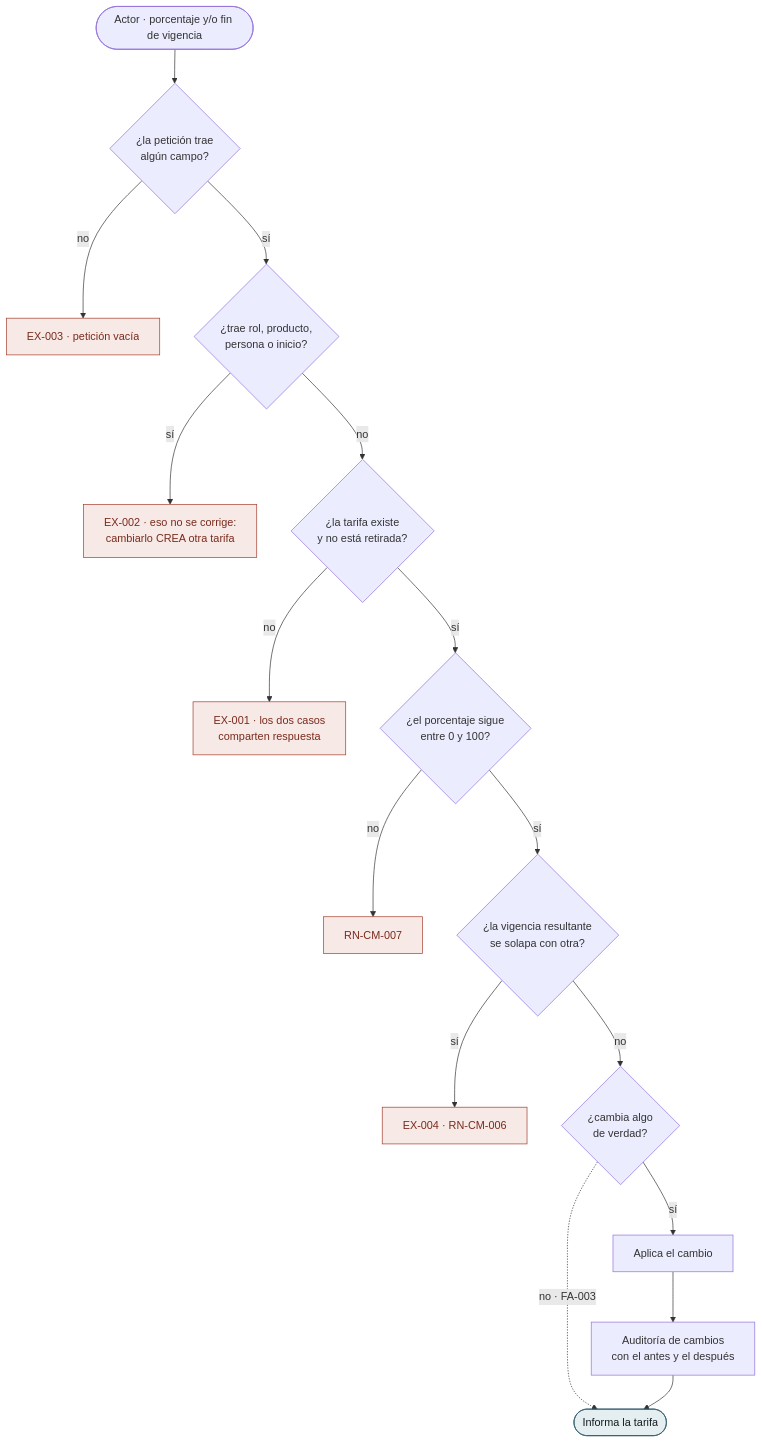
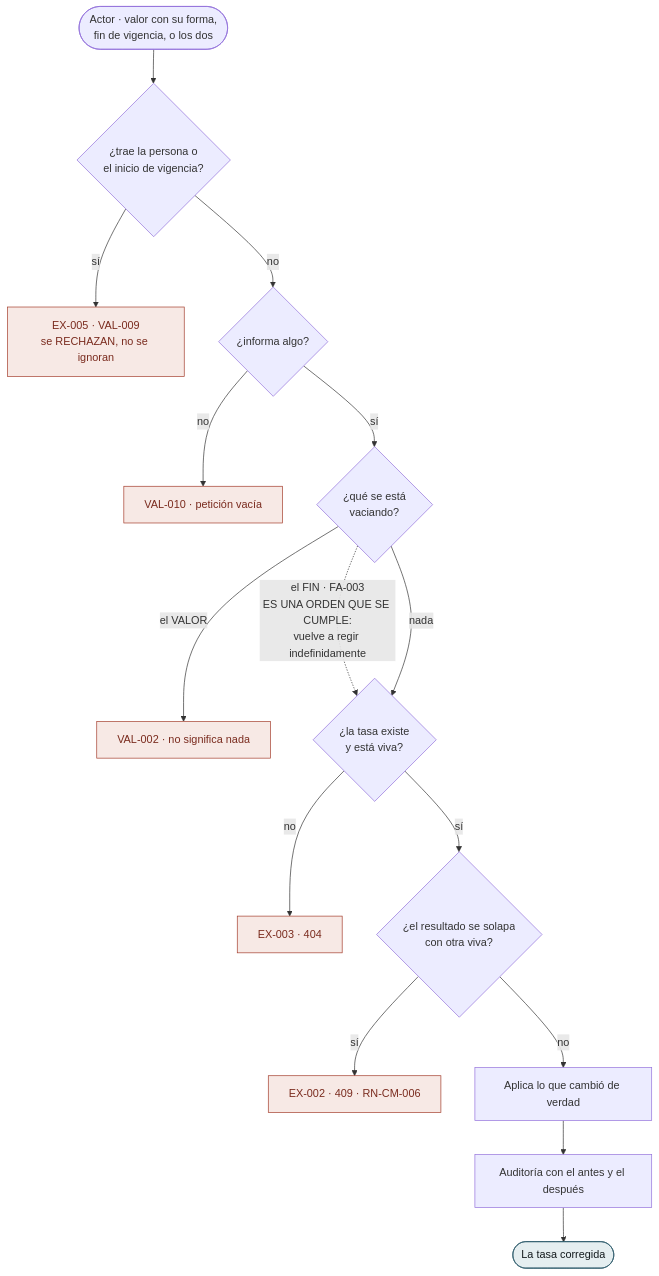
The seventh of 10 diagrams in docs/flujos/cm/flujos-por-caso.md (NexusPro-Dev/backend), drawn with Mermaid before and after one commit. The commit also changed other lines of this file and 63 other files, not shown here.

First line of the commit message:
feat(cm): la comision se declara en porcentaje o en valor fijo

````diff
--- a/docs/flujos/cm/flujos-por-caso.md
+++ b/docs/flujos/cm/flujos-por-caso.md
@@ -87,24 +276,23 @@
 ```mermaid
 flowchart TD
-    A(["Actor · porcentaje y/o fin de vigencia"])
-    A --> V1{"¿la petición trae<br/>algún campo?"}
-    V1 -->|no| E3["EX-003 · petición vacía"]
-    V1 -->|sí| V2{"¿trae rol, producto,<br/>persona o inicio?"}
-    V2 -->|sí| E2["EX-002 · eso no se corrige:<br/>cambiarlo CREA otra tarifa"]
-    V2 -->|no| V3{"¿la tarifa existe<br/>y no está retirada?"}
-    V3 -->|no| E1["EX-001 · los dos casos<br/>comparten respuesta"]
-    V3 -->|sí| V4{"¿el porcentaje sigue<br/>entre 0 y 100?"}
-    V4 -->|no| E0["RN-CM-007"]
-    V4 -->|sí| V5{"¿la vigencia resultante<br/>se solapa con otra?"}
-    V5 -->|sí| E4["EX-004 · RN-CM-006"]
-    V5 -->|no| D1{"¿cambia algo<br/>de verdad?"}
-    D1 -.->|"no · FA-003"| FIN
-    D1 -->|sí| P1["Aplica el cambio"]
-    P1 --> P2["Auditoría de cambios<br/>con el antes y el después"]
-    P2 --> FIN(["Informa la tarifa"])
+    A(["Actor · valor con su forma,<br/>fin de vigencia, o los dos"])
+    A --> V1{"¿trae la persona o<br/>el inicio de vigencia?"}
+    V1 -->|sí| E5["EX-005 · VAL-009<br/>se RECHAZAN, no se ignoran"]
+    V1 -->|no| V2{"¿informa algo?"}
+    V2 -->|no| E3["VAL-010 · petición vacía"]
+    V2 -->|sí| D1{"¿qué se está<br/>vaciando?"}
+    D1 -->|"el VALOR"| E4["VAL-002 · no significa nada"]
+    D1 -.->|"el FIN · FA-003<br/>ES UNA ORDEN QUE SE CUMPLE:<br/>vuelve a regir indefinidamente"| V3
+    D1 -->|nada| V3{"¿la tasa existe<br/>y está viva?"}
+    V3 -->|no| E1["EX-003 · 404"]
+    V3 -->|sí| V4{"¿el resultado se solapa<br/>con otra viva?"}
+    V4 -->|sí| E2["EX-002 · 409 · RN-CM-006"]
+    V4 -->|no| P1["Aplica lo que cambió de verdad"]
+    P1 --> P2["Auditoría con el antes y el después"]
+    P2 --> FIN(["La tasa corregida"])
 
     classDef ex fill:#F7E9E5,stroke:#A33B2A,color:#7A2B1E
     classDef ok fill:#E5EEF0,stroke:#2D5A6B,color:#141B1E
-    class E0,E1,E2,E3,E4 ex
+    class E1,E2,E3,E4,E5 ex
     class FIN ok
 ```
````
